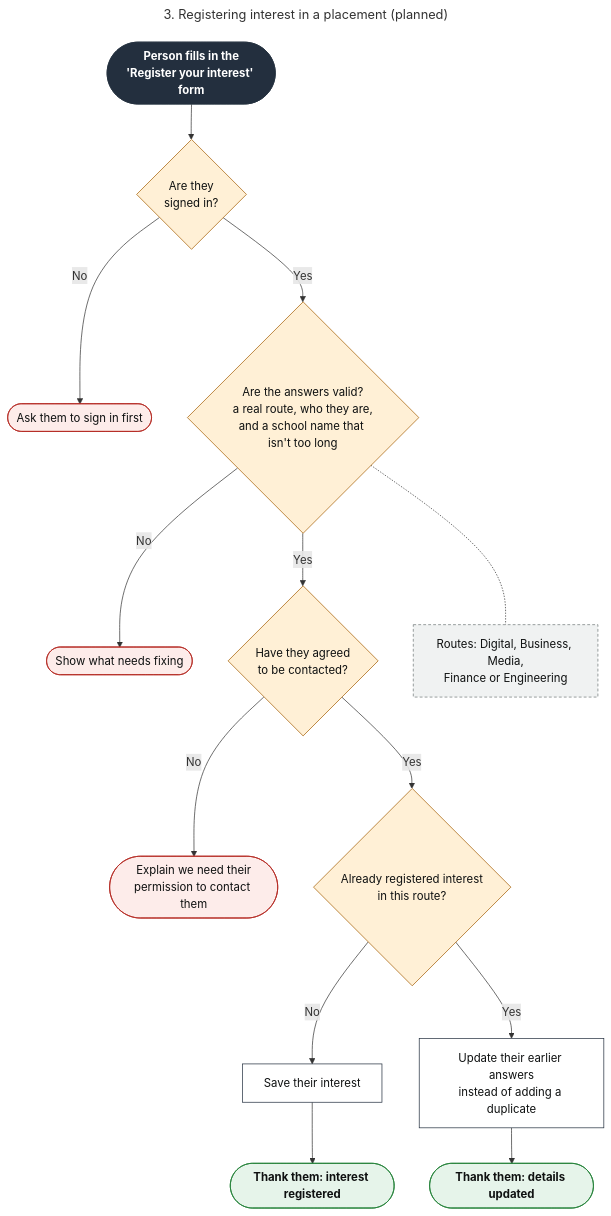
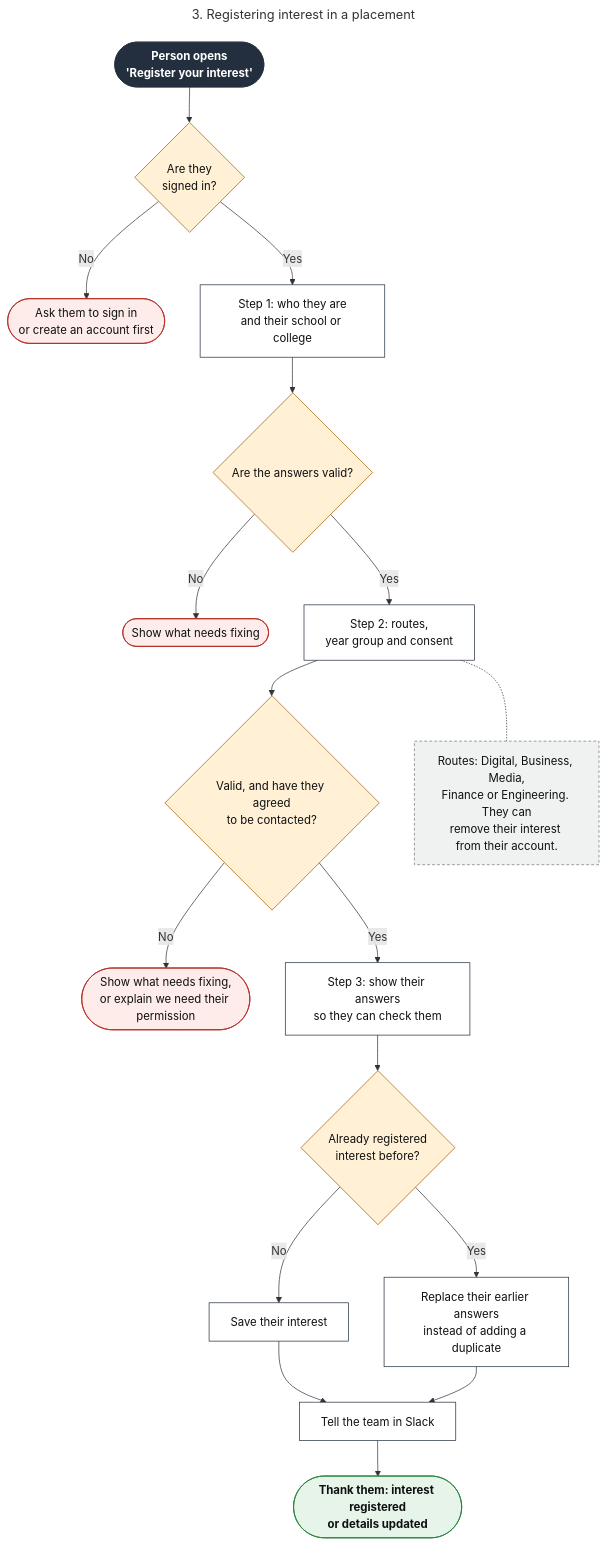
One commit to lucideds/bristol-gp changed the diagram in docs/flowcharts/3-expression-of-interest.mmd. Above: the diagram before and after it, drawn with Mermaid. The commit also changed 22 other files, not shown here.

Commit message:
Add the register your interest page and Slack notifications for interest

```diff
--- a/docs/flowcharts/3-expression-of-interest.mmd
+++ b/docs/flowcharts/3-expression-of-interest.mmd
@@ -1,25 +1,29 @@
 ---
-title: "3. Registering interest in a placement (planned)"
+title: "3. Registering interest in a placement"
 ---
 flowchart TD
-    S([Person fills in the<br/>'Register your interest' form]):::start --> A{Are they<br/>signed in?}:::question
-    A -- No --> AX([Ask them to sign in first]):::stop
-    A -- Yes --> B{Are the answers valid?<br/>a real route, who they are,<br/>and a school name that isn't too long}:::question
-    B -- No --> BX([Show what needs fixing]):::stop
-    B -- Yes --> C{Have they agreed<br/>to be contacted?}:::question
-    C -- No --> CX([Explain we need their<br/>permission to contact them]):::stop
-    C -- Yes --> D{Already registered interest<br/>in this route?}:::question
-    D -- No --> E[Save their interest]:::step
-    E --> OK1([Thank them: interest registered]):::good
-    D -- Yes --> F[Update their earlier answers<br/>instead of adding a duplicate]:::step
-    F --> OK2([Thank them: details updated]):::good
+    S([Person opens<br/>'Register your interest']):::start --> A{Are they<br/>signed in?}:::question
+    A -- No --> AX([Ask them to sign in<br/>or create an account first]):::stop
+    A -- Yes --> B[Step 1: who they are<br/>and their school or college]:::step
+    B --> B2{Are the answers valid?}:::question
+    B2 -- No --> BX([Show what needs fixing]):::stop
+    B2 -- Yes --> C[Step 2: routes,<br/>year group and consent]:::step
+    C --> C2{Valid, and have they agreed<br/>to be contacted?}:::question
+    C2 -- No --> CX([Show what needs fixing,<br/>or explain we need their permission]):::stop
+    C2 -- Yes --> D[Step 3: show their answers<br/>so they can check them]:::step
+    D --> E{Already registered<br/>interest before?}:::question
+    E -- No --> F[Save their interest]:::step
+    E -- Yes --> G[Replace their earlier answers<br/>instead of adding a duplicate]:::step
+    F --> H[Tell the team in Slack]:::step
+    G --> H
+    H --> OK([Thank them: interest registered<br/>or details updated]):::good
 
-    N["Routes: Digital, Business, Media,<br/>Finance or Engineering"]:::note
-    B -.- N
+    N["Routes: Digital, Business, Media,<br/>Finance or Engineering. They can<br/>remove their interest from their account."]:::note
+    C -.- N
 
     classDef start fill:#232f3e,stroke:#232f3e,color:#ffffff,font-weight:bold
     classDef step fill:#ffffff,stroke:#232f3e,color:#0f1111
     classDef question fill:#fff0d6,stroke:#a35c00,color:#0f1111
     classDef good fill:#e6f4ea,stroke:#1e7e34,color:#0f1111,font-weight:bold
     classDef stop fill:#fdecea,stroke:#b3261e,color:#0f1111
     classDef note fill:#f0f2f2,stroke:#6f7777,color:#0f1111,stroke-dasharray:4 3
```
